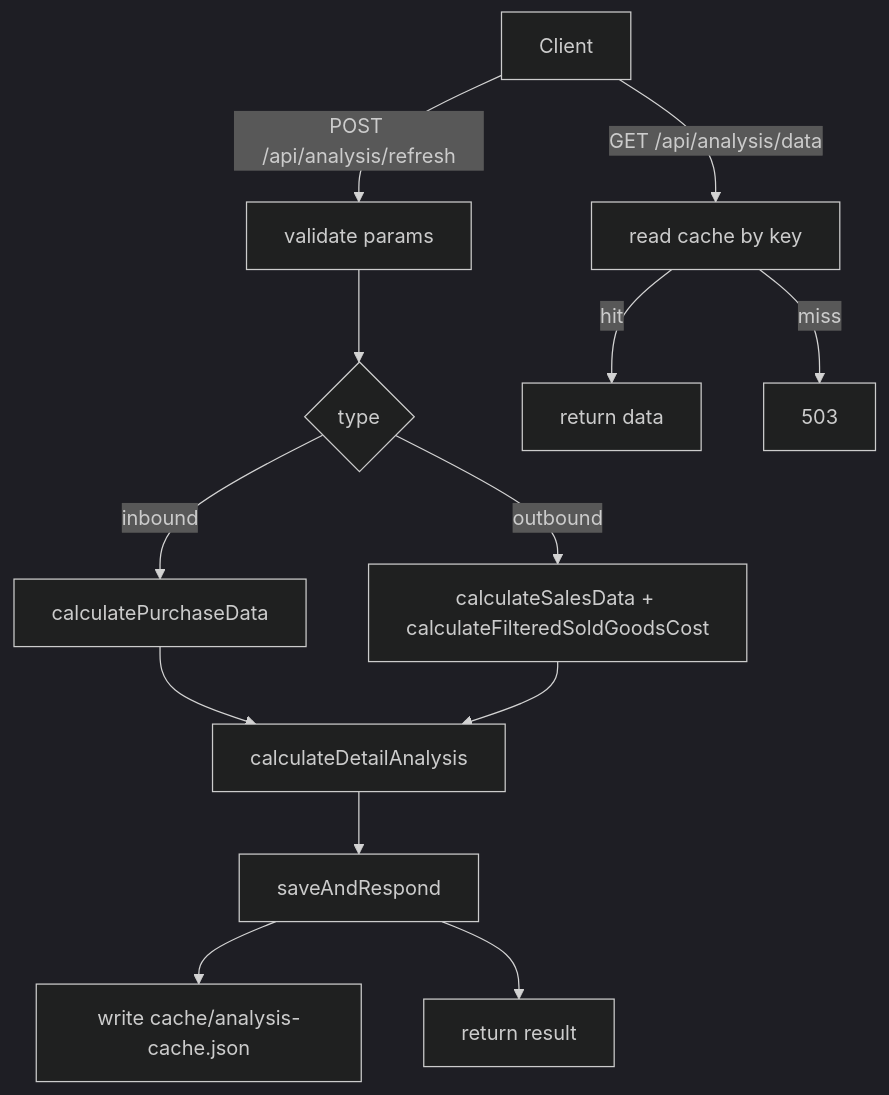
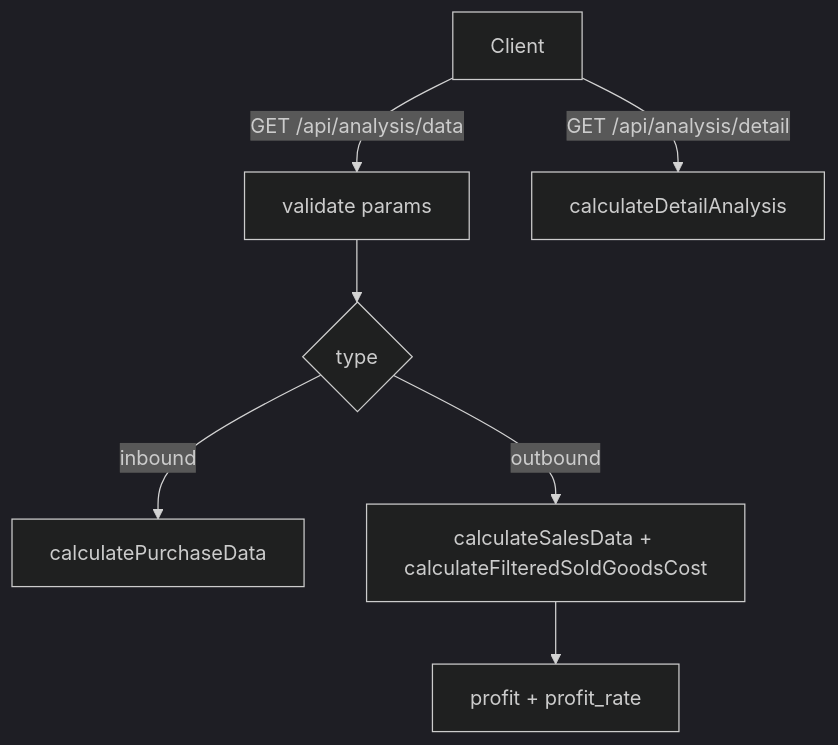
Before and after one commit to lihaozhe013/tradeflow-core: the fourth of 5 diagrams in docs/DATA_FLOW.md, drawn with Mermaid (dark theme). The commit also changed other lines of this file and 13 other files, not shown here.

Commit message:
refactor(analysis): remove file cache and compute on demand

````diff
--- a/docs/DATA_FLOW.md
+++ b/docs/DATA_FLOW.md
@@ -240,16 +240,10 @@
 ```mermaid
 flowchart TB
-  A[Client] -->|POST /api/analysis/refresh| B[validate params]
+  A[Client] -->|GET /api/analysis/data| B[validate params]
   B --> C{type}
   C -->|inbound| D[calculatePurchaseData]
   C -->|outbound| E[calculateSalesData + calculateFilteredSoldGoodsCost]
-  D --> F[calculateDetailAnalysis]
-  E --> F
-  F --> G[saveAndRespond]
-  G --> H[write cache/analysis-cache.json]
-  G --> I[return result]
+  E --> F[profit + profit_rate]
 
-  A -->|GET /api/analysis/data| J[read cache by key]
-  J -->|hit| K[return data]
-  J -->|miss| L[503]
+  A -->|GET /api/analysis/detail| G[calculateDetailAnalysis]
 ```
````
